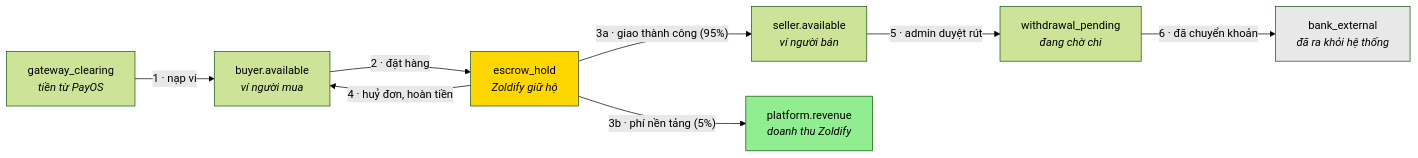
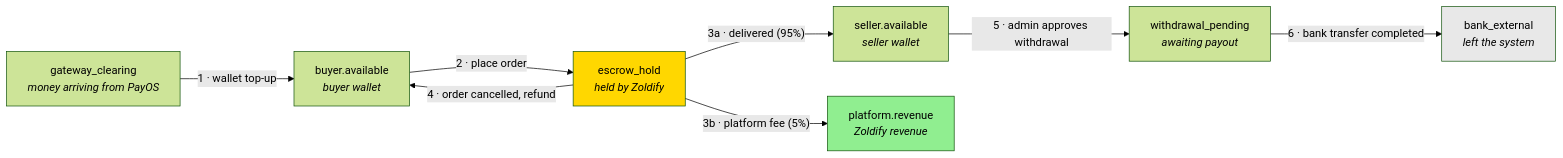
Before and after one commit to tdat-dev/Zoldify_Backend: the eighth of 18 diagrams in docs/system-design/2026-08-06-zoldify-diagrams.md, drawn with Mermaid (forest theme). The commit also changed other lines of this file, not shown here.

````diff
--- a/docs/system-design/2026-08-06-zoldify-diagrams.md
+++ b/docs/system-design/2026-08-06-zoldify-diagrams.md
@@ -396,22 +408,22 @@
 ```mermaid
 flowchart LR
-    gateway["gateway_clearing<br/><i>tiền từ PayOS</i>"]
-    buyerAcc["buyer.available<br/><i>ví người mua</i>"]
-    hold["escrow_hold<br/><i>Zoldify giữ hộ</i>"]
-    sellerAcc["seller.available<br/><i>ví người bán</i>"]
-    revenue["platform.revenue<br/><i>doanh thu Zoldify</i>"]
-    pending["withdrawal_pending<br/><i>đang chờ chi</i>"]
-    bank["bank_external<br/><i>đã ra khỏi hệ thống</i>"]
+    gateway["gateway_clearing<br/><i>money arriving from PayOS</i>"]
+    buyerAcc["buyer.available<br/><i>buyer wallet</i>"]
+    hold["escrow_hold<br/><i>held by Zoldify</i>"]
+    sellerAcc["seller.available<br/><i>seller wallet</i>"]
+    revenue["platform.revenue<br/><i>Zoldify revenue</i>"]
+    pending["withdrawal_pending<br/><i>awaiting payout</i>"]
+    bank["bank_external<br/><i>left the system</i>"]
 
-    gateway -->|"1 · nạp ví"| buyerAcc
-    buyerAcc -->|"2 · đặt hàng"| hold
-    hold -->|"3a · giao thành công (95%)"| sellerAcc
-    hold -->|"3b · phí nền tảng (5%)"| revenue
-    hold -->|"4 · huỷ đơn, hoàn tiền"| buyerAcc
-    sellerAcc -->|"5 · admin duyệt rút"| pending
-    pending -->|"6 · đã chuyển khoản"| bank
+    gateway -->|"1 · wallet top-up"| buyerAcc
+    buyerAcc -->|"2 · place order"| hold
+    hold -->|"3a · delivered (95%)"| sellerAcc
+    hold -->|"3b · platform fee (5%)"| revenue
+    hold -->|"4 · order cancelled, refund"| buyerAcc
+    sellerAcc -->|"5 · admin approves withdrawal"| pending
+    pending -->|"6 · bank transfer completed"| bank
 
     style hold fill:#ffd700
     style revenue fill:#90ee90
     style bank fill:#e8e8e8
 ```
````
